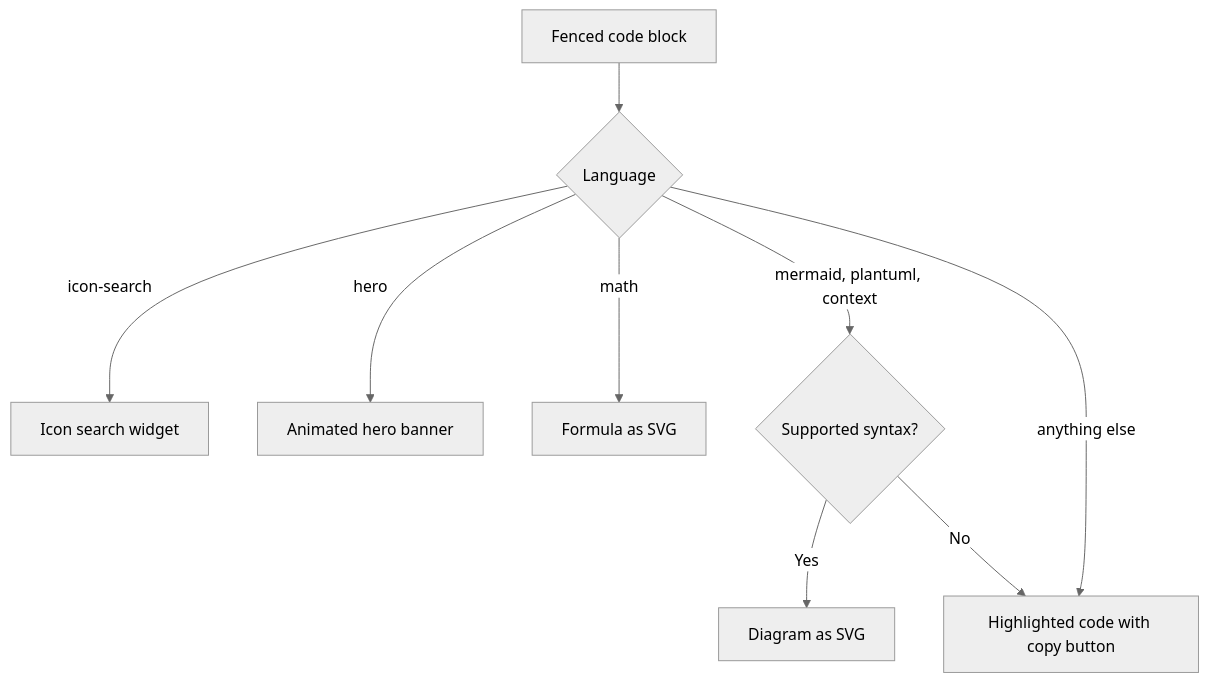
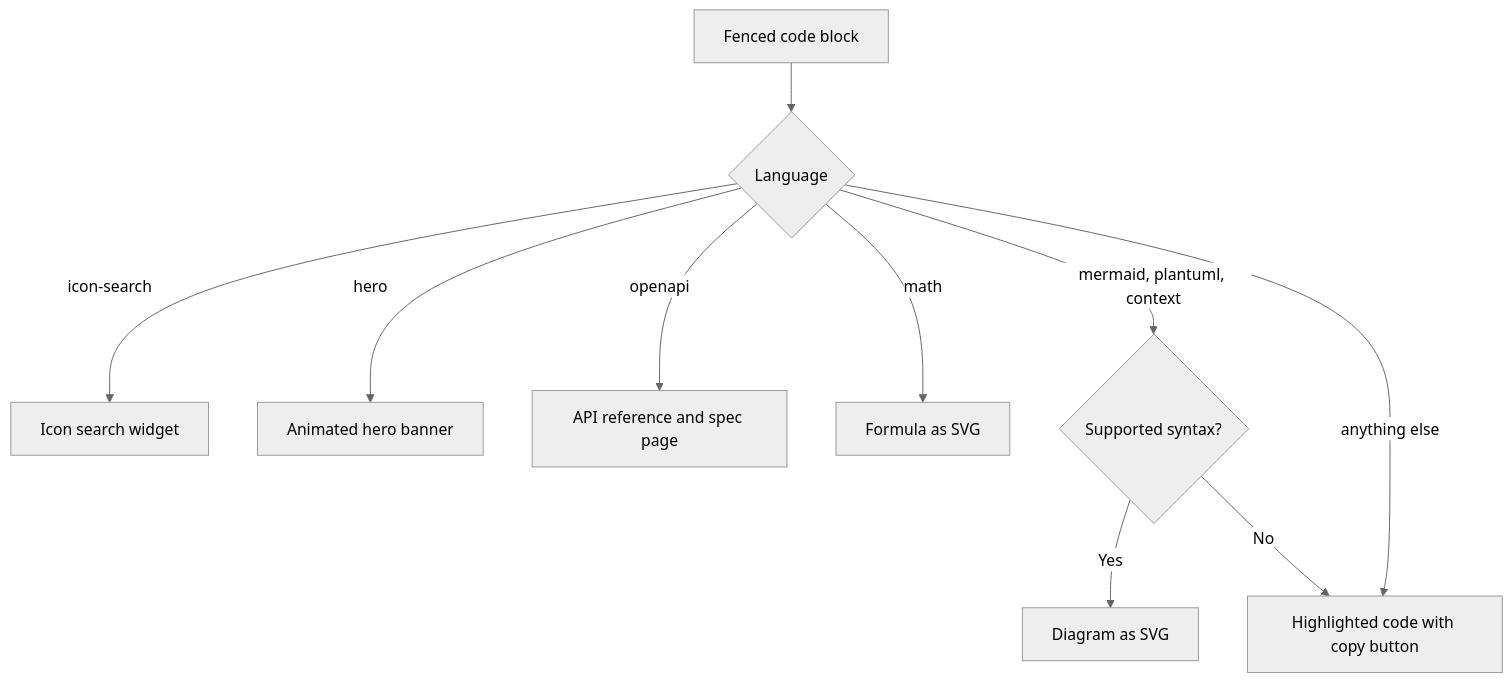
Before and after one commit to capjan/markdown-util: the second of 2 diagrams in Docs/Architecture/Rendering.md, drawn with Mermaid (neutral theme). The commit also changed other lines of this file and 24 other files, not shown here.

Commit message:
feat(openapi): render OpenAPI specifications from fenced code blocks

````diff
--- a/Docs/Architecture/Rendering.md
+++ b/Docs/Architecture/Rendering.md
@@ -44,17 +44,19 @@
 ```mermaid
 flowchart TD
     accTitle: Code block dispatch
     Block[Fenced code block] --> Lang{Language}
     Lang -->|icon-search| Search[Icon search widget]
     Lang -->|hero| Hero[Animated hero banner]
+    Lang -->|openapi| OpenApi[API reference and spec page]
     Lang -->|math| Math[Formula as SVG]
     Lang -->|mermaid, plantuml, context| Diagram{Supported syntax?}
     Diagram -->|Yes| Svg[Diagram as SVG]
     Diagram -->|No| Code
     Lang -->|anything else| Code[Highlighted code with copy button]
     click Search href "../Features/Icons-and-Emojis.md#search"
     click Hero href "../Features/Hero.md"
+    click OpenApi href "../Features/OpenAPI.md"
     click Math href "../Features/Math.md"
     click Svg href "../Features/Diagrams.md"
     click Code href "../Features/CodeBlocks.md"
 ```
````
